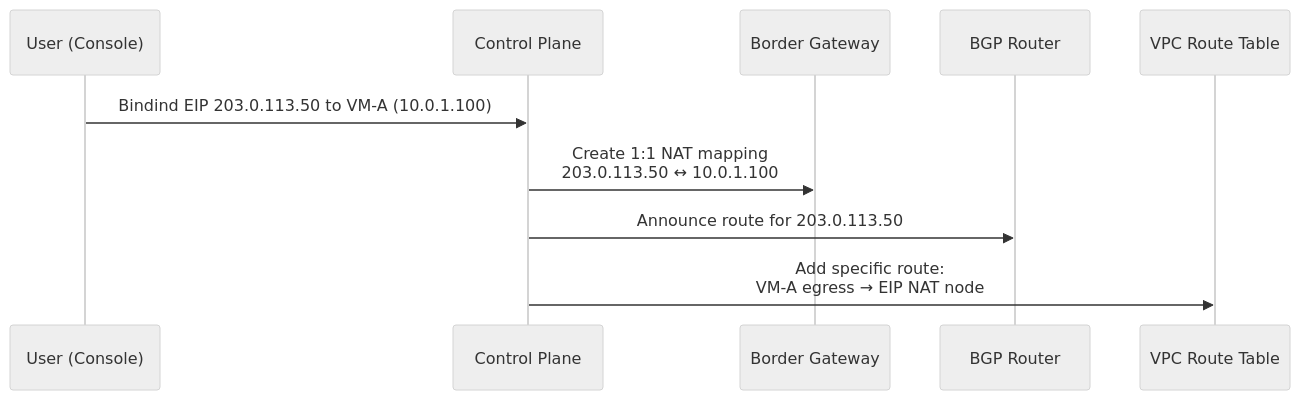
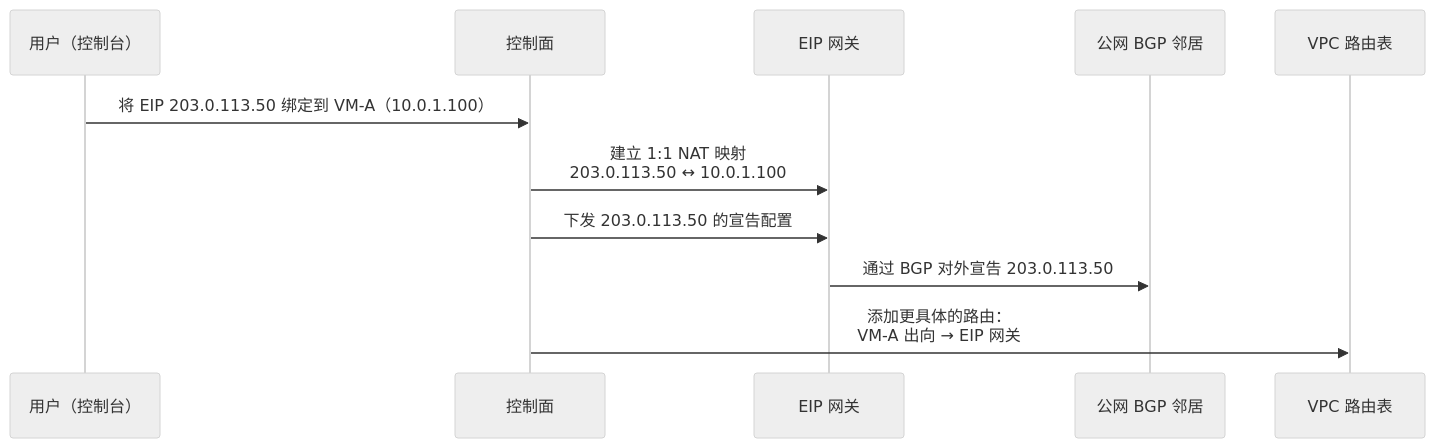
One commit to caozhiyi/network-book changed the first of 4 diagrams in docs/14.固定的公网身份弹性公网IP.md. Above: the diagram before and after it, drawn with Mermaid (neutral theme). The commit also changed other lines of this file and 77 other files, not shown here.

````diff
--- a/docs/14.固定的公网身份弹性公网IP.md
+++ b/docs/14.固定的公网身份弹性公网IP.md
@@ -41,13 +43,14 @@
 ```mermaid
 sequenceDiagram
-    participant User as User (Console)
-    participant CP as Control Plane
-    participant GW as Border Gateway
-    participant BGP as BGP Router
-    participant RT as VPC Route Table
+    participant User as 用户（控制台）
+    participant CP as 控制面
+    participant GW as EIP 网关
+    participant BGP as 公网 BGP 邻居
+    participant RT as VPC 路由表
 
-    User->>CP: Bindind EIP 203.0.113.50 to VM-A (10.0.1.100)
-    CP->>GW: Create 1:1 NAT mapping<br/>203.0.113.50 ↔ 10.0.1.100
-    CP->>BGP: Announce route for 203.0.113.50
-    CP->>RT: Add specific route:<br/>VM-A egress → EIP NAT node
+    User->>CP: 将 EIP 203.0.113.50 绑定到 VM-A（10.0.1.100）
+    CP->>GW: 建立 1:1 NAT 映射<br/>203.0.113.50 ↔ 10.0.1.100
+    CP->>GW: 下发 203.0.113.50 的宣告配置
+    GW->>BGP: 通过 BGP 对外宣告 203.0.113.50
+    CP->>RT: 添加更具体的路由：<br/>VM-A 出向 → EIP 网关
 ```
````
